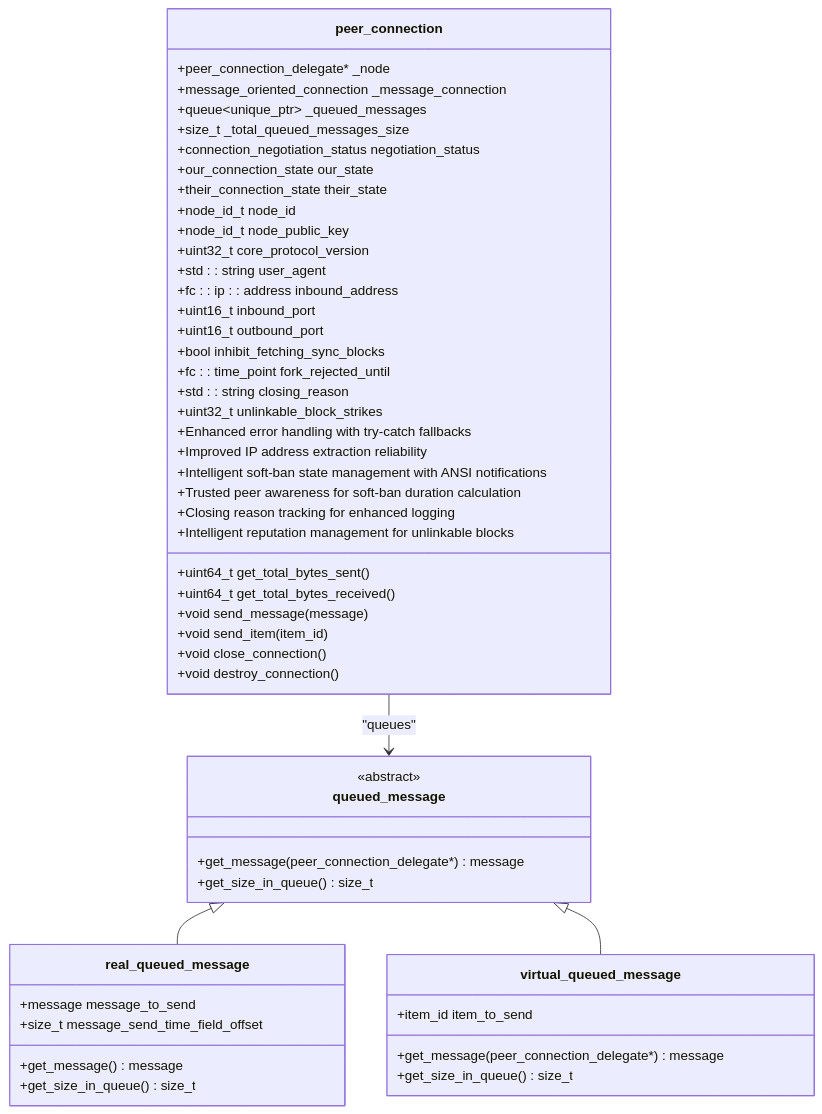
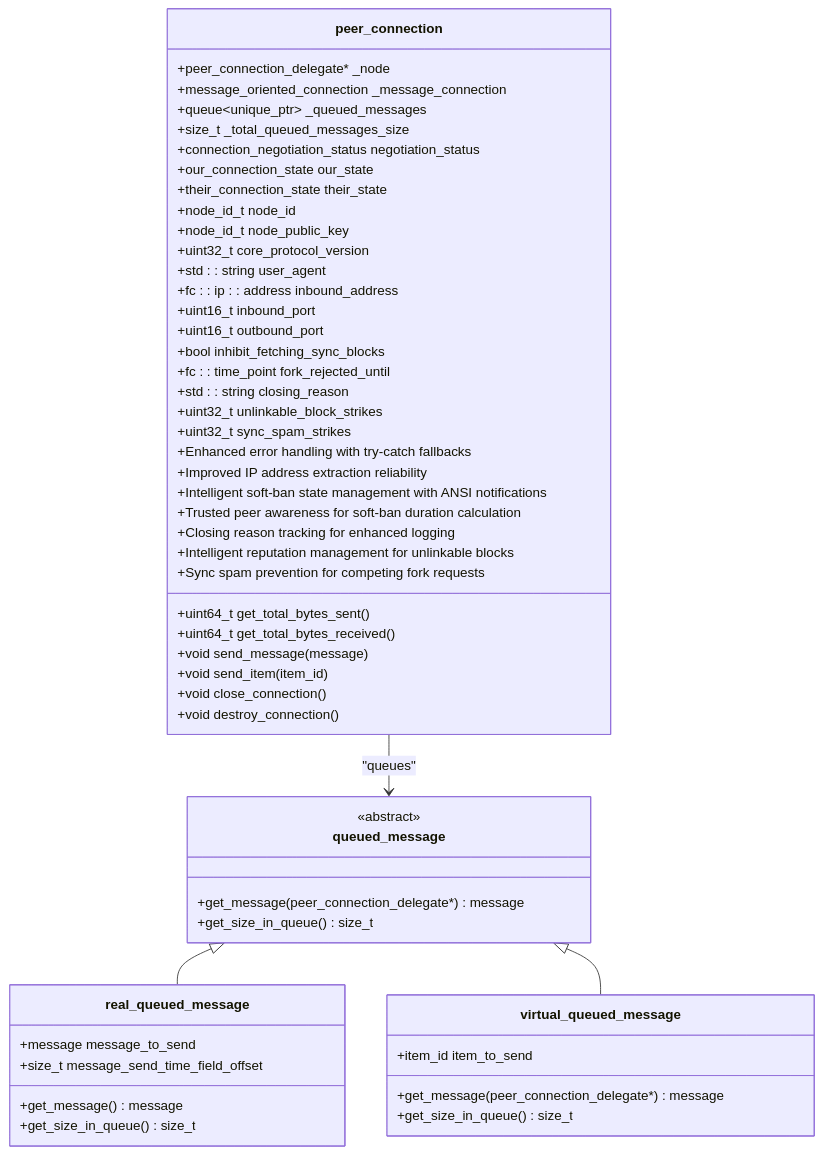
The third of 14 diagrams in .qoder/repowiki/en/content/Architecture Overview/Core Libraries/Network Library/Peer Connection Management.md (VIZ-Blockchain/viz-cpp-node), drawn with Mermaid before and after one commit. The commit also changed other lines of this file and 4 other files, not shown here.

First line of the commit message:
feat(network): add intelligent sync spam prevention to peer connection

````diff
--- a/.qoder/repowiki/en/content/Architecture Overview/Core Libraries/Network Library/Peer Connection Management.md
+++ b/.qoder/repowiki/en/content/Architecture Overview/Core Libraries/Network Library/Peer Connection Management.md
@@ -239,54 +246,56 @@
 ```mermaid
 classDiagram
 class peer_connection {
 +peer_connection_delegate* _node
 +message_oriented_connection _message_connection
 +queue~unique_ptr~ _queued_messages
 +size_t _total_queued_messages_size
 +connection_negotiation_status negotiation_status
 +our_connection_state our_state
 +their_connection_state their_state
 +node_id_t node_id
 +node_id_t node_public_key
 +uint32_t core_protocol_version
 +std : : string user_agent
 +fc : : ip : : address inbound_address
 +uint16_t inbound_port
 +uint16_t outbound_port
 +bool inhibit_fetching_sync_blocks
 +fc : : time_point fork_rejected_until
 +std : : string closing_reason
 +uint32_t unlinkable_block_strikes
++uint32_t sync_spam_strikes
 +uint64_t get_total_bytes_sent()
 +uint64_t get_total_bytes_received()
 +void send_message(message)
 +void send_item(item_id)
 +void close_connection()
 +void destroy_connection()
 +Enhanced error handling with try-catch fallbacks
 +Improved IP address extraction reliability
 +Intelligent soft-ban state management with ANSI notifications
 +Trusted peer awareness for soft-ban duration calculation
 +Closing reason tracking for enhanced logging
 +Intelligent reputation management for unlinkable blocks
++Sync spam prevention for competing fork requests
 }
 class queued_message {
 <<abstract>>
 +get_message(peer_connection_delegate*) message
 +get_size_in_queue() size_t
 }
 class real_queued_message {
 +message message_to_send
 +size_t message_send_time_field_offset
 +get_message() message
 +get_size_in_queue() size_t
 }
 class virtual_queued_message {
 +item_id item_to_send
 +get_message(peer_connection_delegate*) message
 +get_size_in_queue() size_t
 }
 peer_connection --> queued_message : "queues"
 queued_message <|-- real_queued_message
 queued_message <|-- virtual_queued_message
 ```
````
